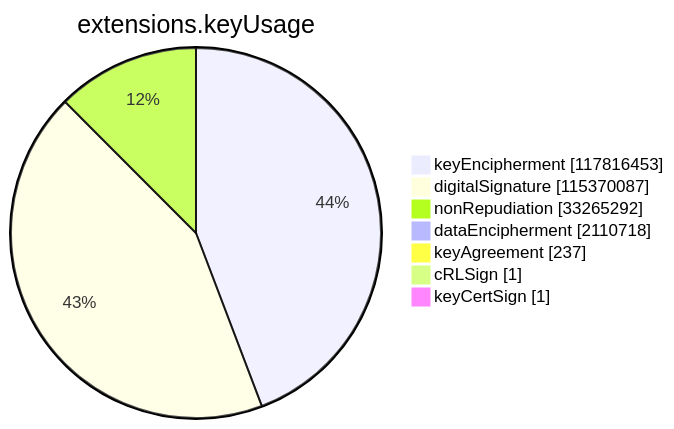
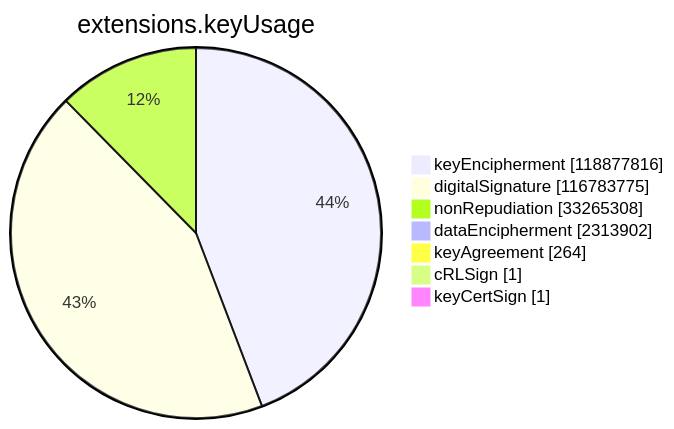
The sixth of 15 diagrams in xenon2023/README.md (christiankrug/ctmonitor_visualization), drawn with Mermaid before and after one commit. The commit also changed other lines of this file, not shown here.

````diff
--- a/xenon2023/README.md
+++ b/xenon2023/README.md
@@ -2138,11 +2141,11 @@
 ```mermaid
 pie showData
 title extensions.keyUsage
-"keyEncipherment" :117816453
-"digitalSignature" :115370087
-"nonRepudiation" :33265292
-"dataEncipherment" :2110718
-"keyAgreement" :237
+"keyEncipherment" :118877816
+"digitalSignature" :116783775
+"nonRepudiation" :33265308
+"dataEncipherment" :2313902
+"keyAgreement" :264
 "cRLSign" :1
 "keyCertSign" :1
 ```
````
